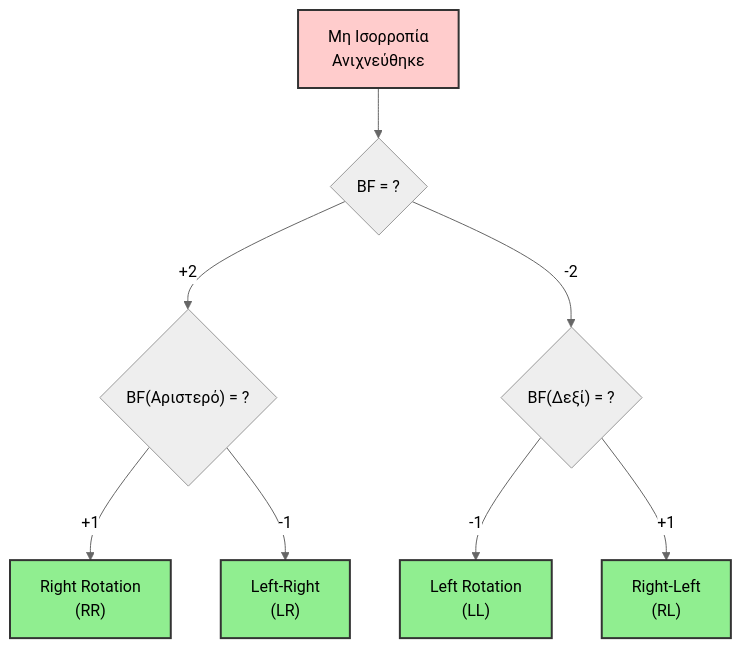
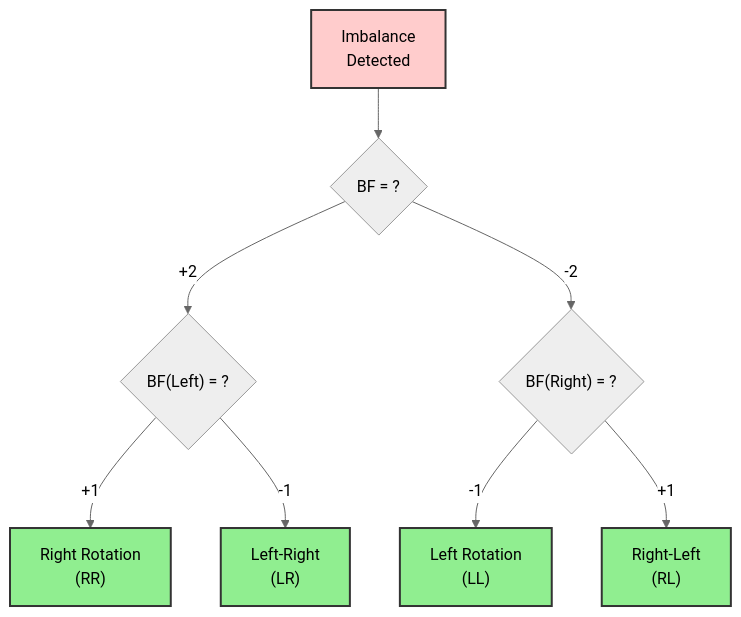
Before and after one commit to PanagopoulosNikolaos/DitOpenNotes: diagram 49 of 49 in Year_2/Semester_3/DSA_DATA_STRUCTURES_ALGORITHMS/Resources/AVL_Trees.md, drawn with Mermaid (neutral theme). The commit also changed other lines of this file and 50 other files, not shown here.

````diff
--- a/Year_2/Semester_3/DSA_DATA_STRUCTURES_ALGORITHMS/Resources/AVL_Trees.md
+++ b/Year_2/Semester_3/DSA_DATA_STRUCTURES_ALGORITHMS/Resources/AVL_Trees.md
@@ -992,16 +992,16 @@
 ```mermaid
 graph TD
-    A["Μη Ισορροπία<br/>Ανιχνεύθηκε"] --> B{"BF = ?"}
-    B -->|"+2"| C{"BF(Αριστερό) = ?"}
-    B -->|"-2"| D{"BF(Δεξί) = ?"}
+    A["Imbalance<br/>Detected"] --> B{"BF = ?"}
+    B -->|"+2"| C{"BF(Left) = ?"}
+    B -->|"-2"| D{"BF(Right) = ?"}
     C -->|"+1"| E["Right Rotation<br/>(RR)"]
     C -->|"-1"| F["Left-Right<br/>(LR)"]
     D -->|"-1"| G["Left Rotation<br/>(LL)"]
     D -->|"+1"| H["Right-Left<br/>(RL)"]
     
     style A fill:#ffcccc,stroke:#333,stroke-width:2px,color:black
     style E fill:#90EE90,stroke:#333,stroke-width:2px,color:black
     style F fill:#90EE90,stroke:#333,stroke-width:2px,color:black
     style G fill:#90EE90,stroke:#333,stroke-width:2px,color:black
     style H fill:#90EE90,stroke:#333,stroke-width:2px,color:black
 ```
````
